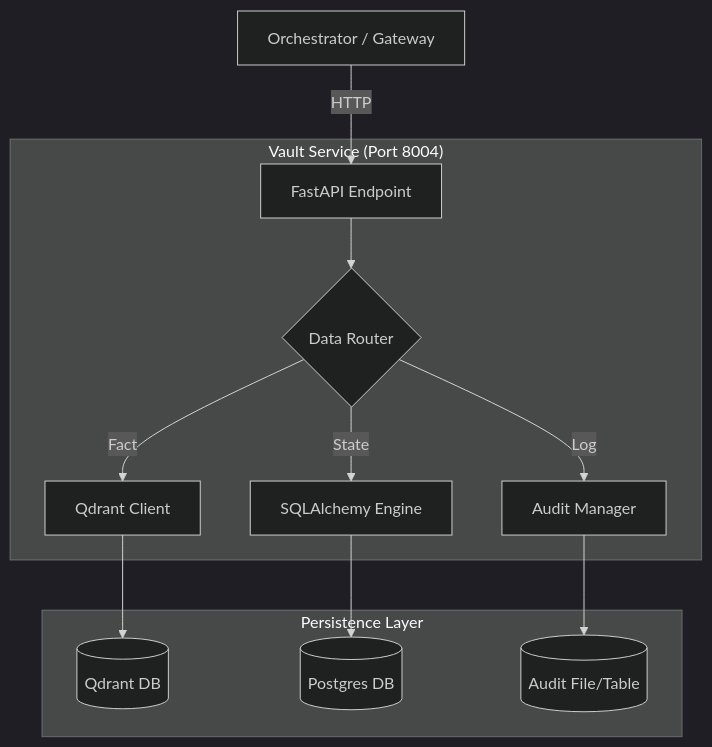
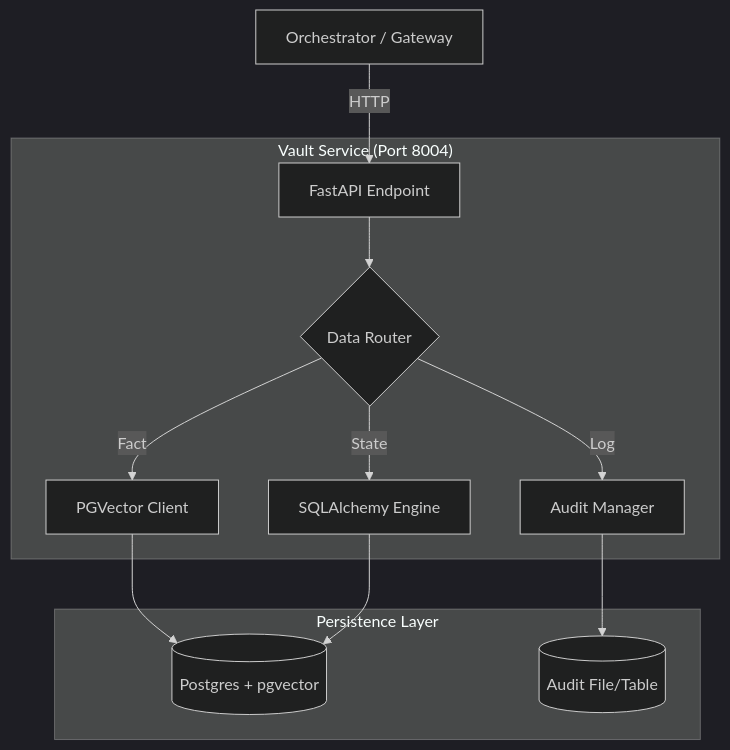
Before and after one commit to azzindani/Kea: the diagram in services/vault/README.md, drawn with Mermaid (dark theme). The commit also changed other lines of this file and 14 other files, not shown here.

````diff
--- a/services/vault/README.md
+++ b/services/vault/README.md
@@ -15,18 +15,18 @@
 ```mermaid
 graph TD
     Clients[Orchestrator / Gateway] -->|HTTP| API[FastAPI Endpoint]
     
     subgraph "Vault Service (Port 8004)"
         API --> Router{Data Router}
         
-        Router -->|Fact| Vector[Qdrant Client]
+        Router -->|Fact| Vector[PGVector Client]
         Router -->|State| SQL[SQLAlchemy Engine]
         Router -->|Log| Audit[Audit Manager]
     end
     
     subgraph "Persistence Layer"
-        Vector --> Qdrant[(Qdrant DB)]
-        SQL --> Postgres[(Postgres DB)]
+        Vector --> Postgres[(Postgres + pgvector)]
+        SQL --> Postgres
         Audit --> Logs[(Audit File/Table)]
     end
 ```
````
